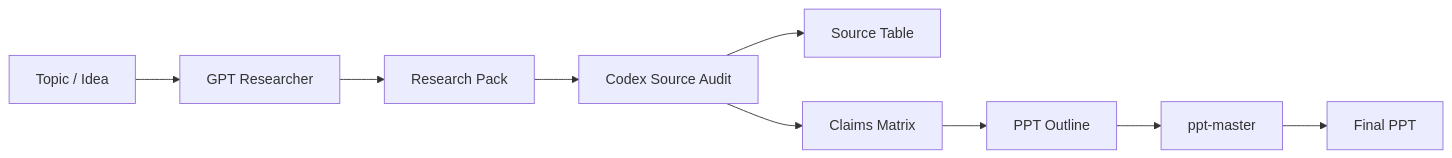
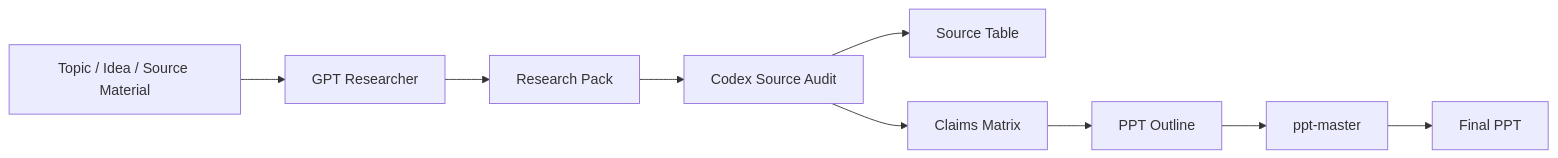
The diagram in README.md (zq88577727/evidence-to-ppt-workflow), drawn with Mermaid before and after one commit. The commit also changed 9 other files, not shown here.

````diff
--- a/README.md
+++ b/README.md
@@ -50,11 +50,11 @@
 ```mermaid
 flowchart LR
-  A["Topic / Idea"] --> B["GPT Researcher"]
+  A["Topic / Idea / Source Material"] --> B["GPT Researcher"]
   B --> C["Research Pack"]
   C --> D["Codex Source Audit"]
   D --> E["Source Table"]
   D --> F["Claims Matrix"]
   F --> G["PPT Outline"]
   G --> H["ppt-master"]
   H --> I["Final PPT"]
 ```
````
